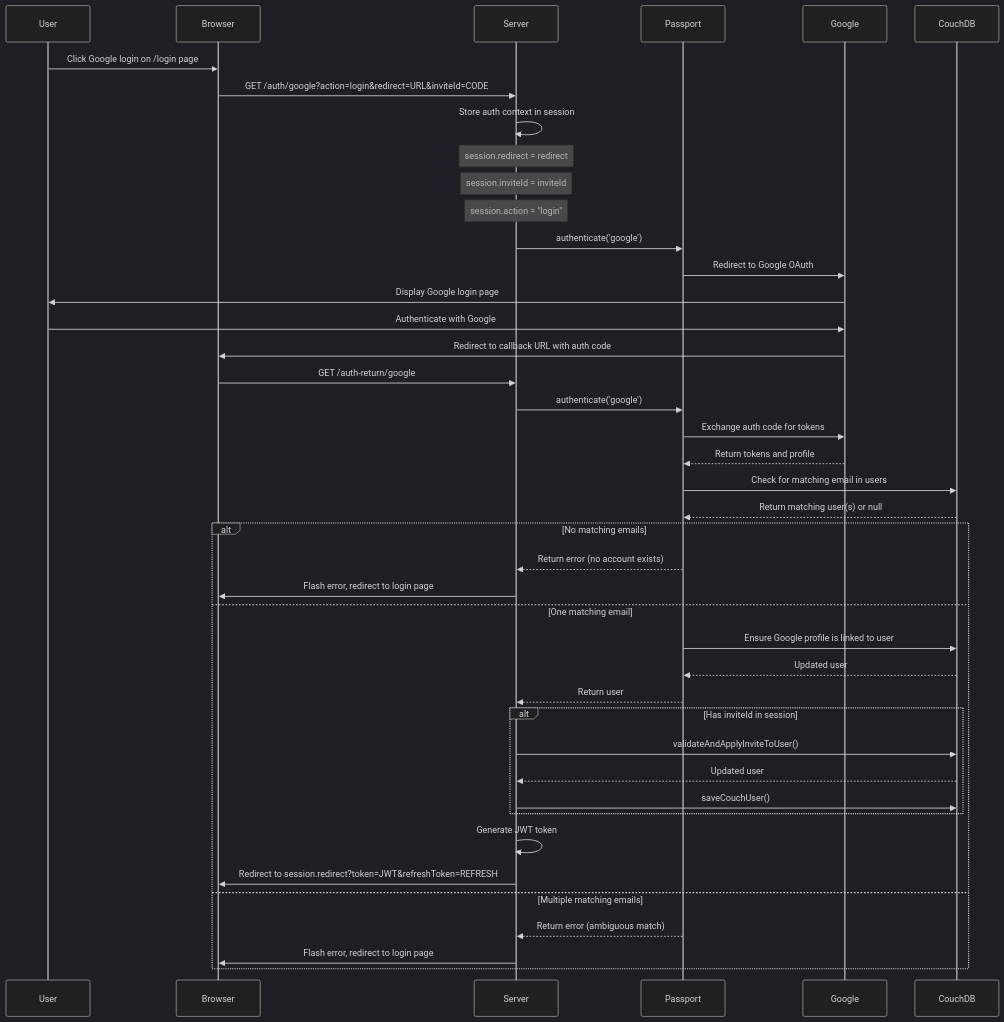
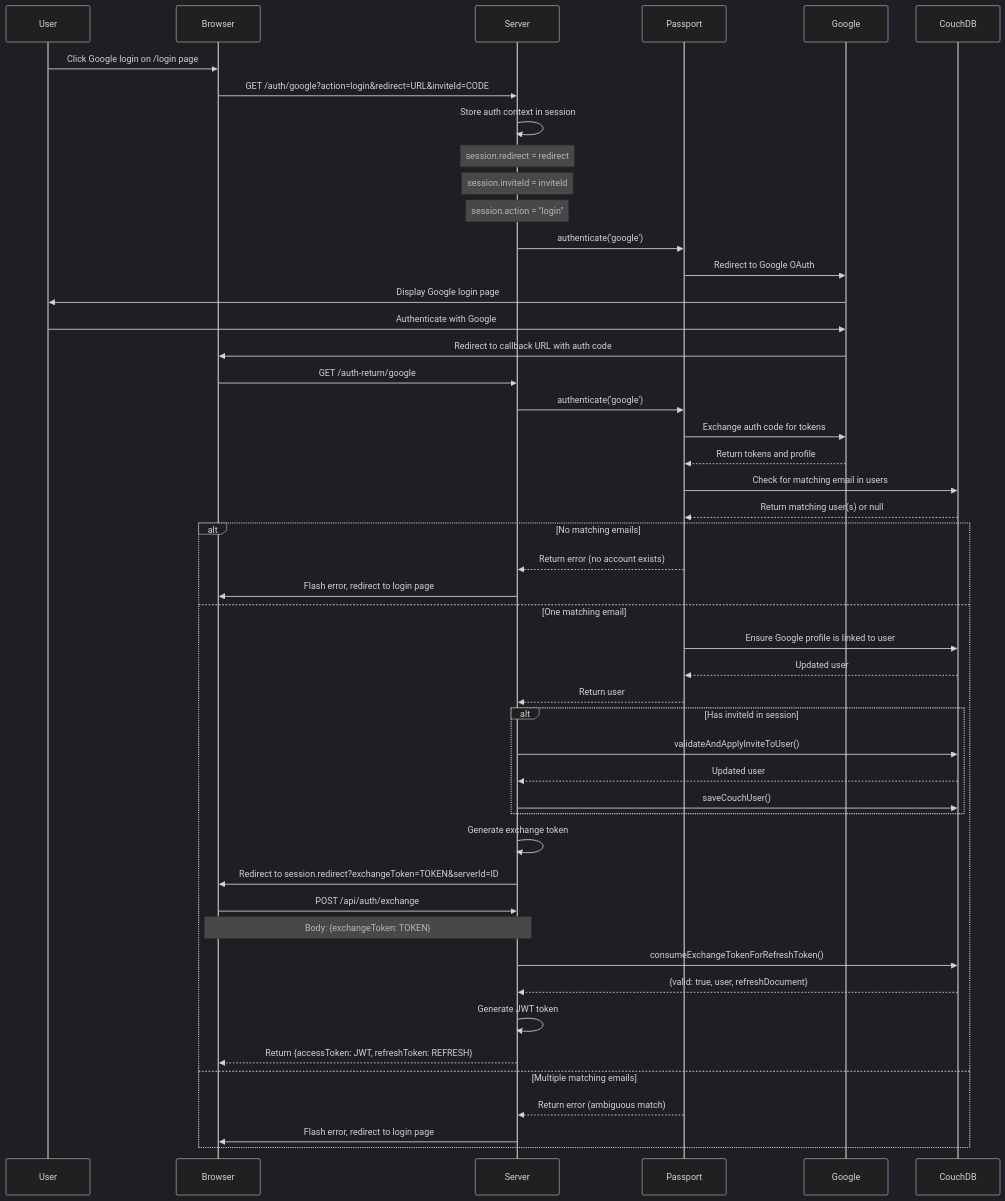
Before and after one commit to FAIMS/FAIMS3: the fourth of 5 diagrams in docs/developer/docs/source/markdown/Authorisation/PassportAuth.md, drawn with Mermaid (dark theme). The commit also changed other lines of this file and 2 other files, not shown here.

````diff
--- a/docs/developer/docs/source/markdown/Authorisation/PassportAuth.md
+++ b/docs/developer/docs/source/markdown/Authorisation/PassportAuth.md
@@ -140,52 +200,61 @@
 ```mermaid
 sequenceDiagram
     participant User
     participant Browser
     participant Server
     participant Passport
     participant Google
     participant CouchDB
 
     User->>Browser: Click Google login on /login page
     Browser->>Server: GET /auth/google?action=login&redirect=URL&inviteId=CODE
 
     Server->>Server: Store auth context in session
     Note over Server: session.redirect = redirect
     Note over Server: session.inviteId = inviteId
     Note over Server: session.action = "login"
 
     Server->>Passport: authenticate('google')
     Passport->>Google: Redirect to Google OAuth
     Google->>User: Display Google login page
     User->>Google: Authenticate with Google
     Google->>Browser: Redirect to callback URL with auth code
 
     Browser->>Server: GET /auth-return/google
     Server->>Passport: authenticate('google')
     Passport->>Google: Exchange auth code for tokens
     Google-->>Passport: Return tokens and profile
 
     Passport->>CouchDB: Check for matching email in users
     CouchDB-->>Passport: Return matching user(s) or null
 
     alt No matching emails
         Passport-->>Server: Return error (no account exists)
         Server->>Browser: Flash error, redirect to login page
     else One matching email
         Passport->>CouchDB: Ensure Google profile is linked to user
         CouchDB-->>Passport: Updated user
         Passport-->>Server: Return user
 
         alt Has inviteId in session
             Server->>CouchDB: validateAndApplyInviteToUser()
             CouchDB-->>Server: Updated user
             Server->>CouchDB: saveCouchUser()
         end
 
+        Server->>Server: Generate exchange token
+        Server->>Browser: Redirect to session.redirect?exchangeToken=TOKEN&serverId=ID
+
+        Browser->>Server: POST /api/auth/exchange
+        Note over Browser,Server: Body: {exchangeToken: TOKEN}
+
+        Server->>CouchDB: consumeExchangeTokenForRefreshToken()
+        CouchDB-->>Server: {valid: true, user, refreshDocument}
+
         Server->>Server: Generate JWT token
-        Server->>Browser: Redirect to session.redirect?token=JWT&refreshToken=REFRESH
+        Server-->>Browser: Return {accessToken: JWT, refreshToken: REFRESH}
     else Multiple matching emails
         Passport-->>Server: Return error (ambiguous match)
         Server->>Browser: Flash error, redirect to login page
     end
 ```
````
